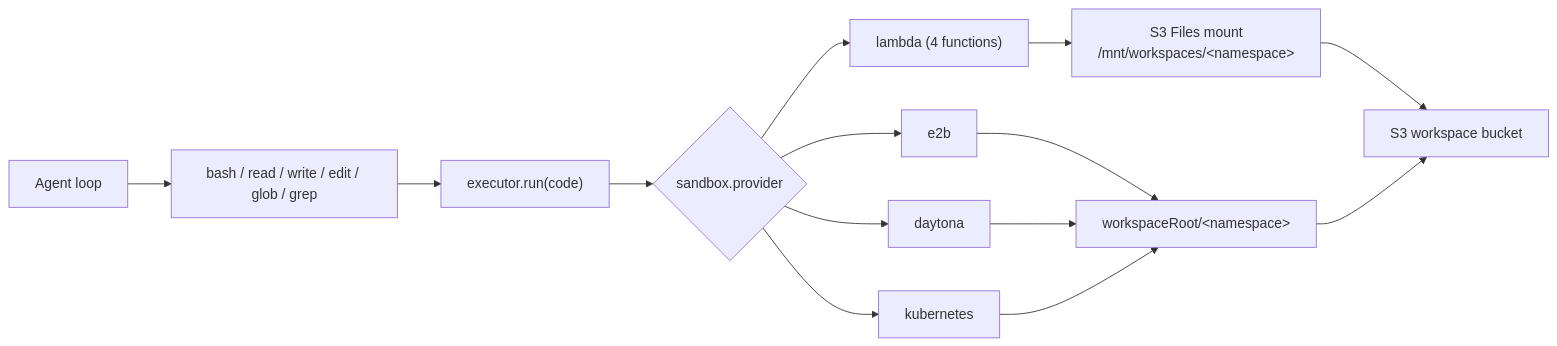
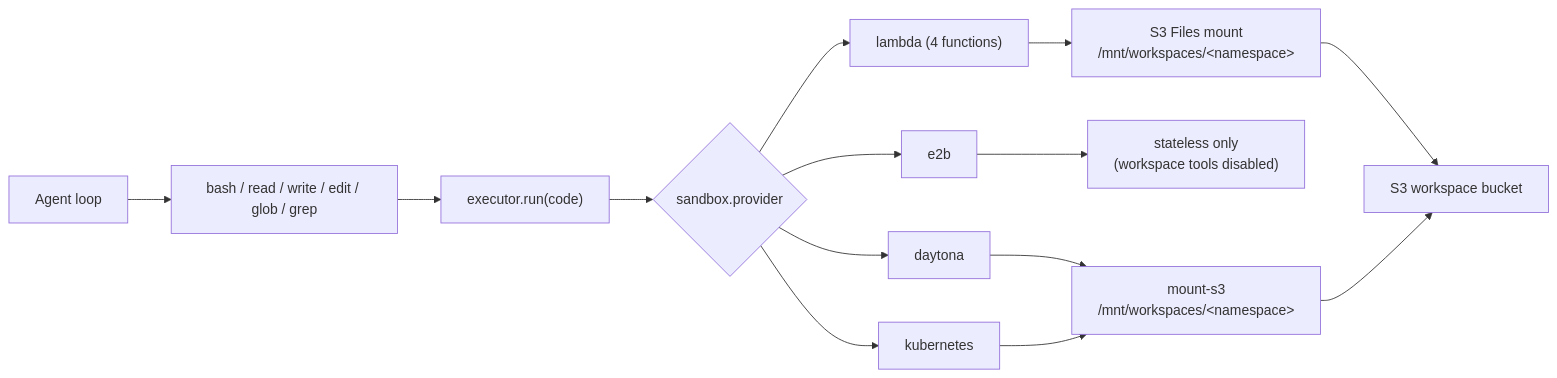
One commit to beeblastco/broods changed the diagram in docs/workspace/sandbox/index.md. Above: the diagram before and after it, drawn with Mermaid. The commit also changed other lines of this file and 16 other files, not shown here.

````diff
--- a/docs/workspace/sandbox/index.md
+++ b/docs/workspace/sandbox/index.md
@@ -8,16 +8,17 @@
 ```mermaid
 flowchart LR
   Agent["Agent loop"] --> Tools["bash / read / write / edit / glob / grep"]
   Tools --> Run["executor.run(code)"]
   Run --> Provider{"sandbox.provider"}
   Provider --> Lambda["lambda (4 functions)"]
   Provider --> E2B["e2b"]
   Provider --> Daytona["daytona"]
   Provider --> Kubernetes["kubernetes"]
   Lambda --> Mount["S3 Files mount<br/>/mnt/workspaces/&lt;namespace&gt;"]
-  E2B --> ExternalMount["workspaceRoot/&lt;namespace&gt;"]
+  E2B --> Stateless["stateless only<br/>(workspace tools disabled)"]
   Daytona --> ExternalMount
   Kubernetes --> ExternalMount
+  ExternalMount["mount-s3<br/>/mnt/workspaces/&lt;namespace&gt;"]
   Mount --> Bucket["S3 workspace bucket"]
   ExternalMount --> Bucket
 ```
````
